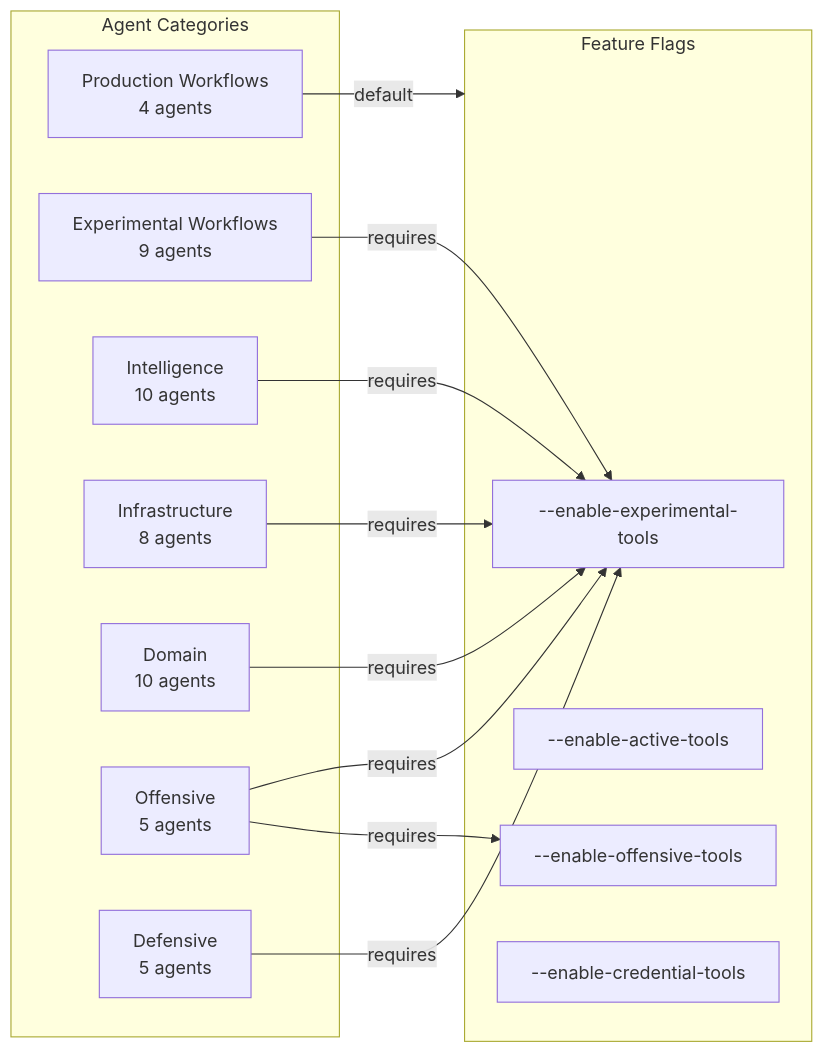
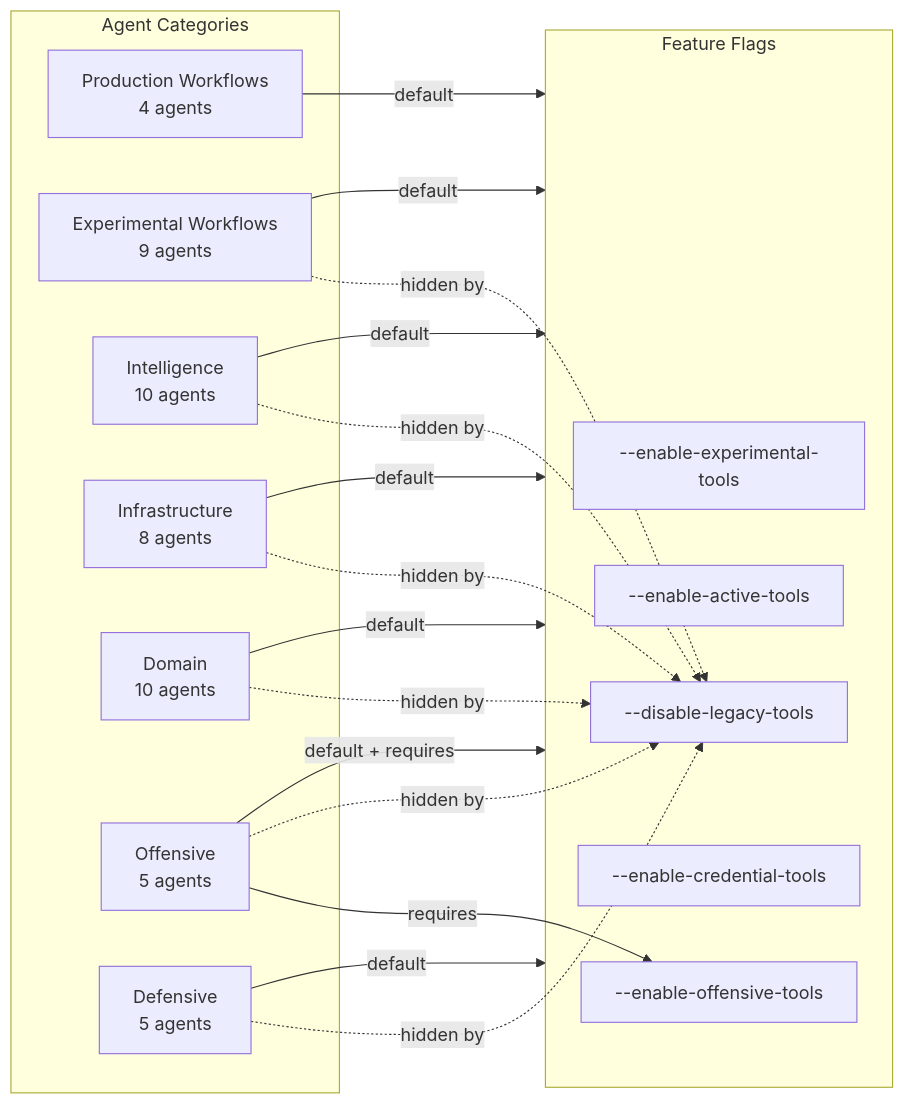
The second of 2 diagrams in docs/AGENTS.md (Zaeem20/ShikariMCP), drawn with Mermaid before and after one commit. The commit also changed other lines of this file and 5 other files, not shown here.

````diff
--- a/docs/AGENTS.md
+++ b/docs/AGENTS.md
@@ -60,28 +62,35 @@
 ```mermaid
 flowchart LR
     subgraph Flags["Feature Flags"]
         F1["--enable-experimental-tools"]
         F2["--enable-active-tools"]
         F3["--enable-offensive-tools"]
         F4["--enable-credential-tools"]
+        F5["--disable-legacy-tools"]
     end
 
     subgraph Agents["Agent Categories"]
         PROD["Production Workflows<br/>4 agents"]
         EXP["Experimental Workflows<br/>9 agents"]
         INT["Intelligence<br/>10 agents"]
         INF["Infrastructure<br/>8 agents"]
         DOM["Domain<br/>10 agents"]
         OFF["Offensive<br/>5 agents"]
         DEF["Defensive<br/>5 agents"]
     end
 
     PROD -->|default| Flags
-    EXP -->|requires| F1
-    INT -->|requires| F1
-    INF -->|requires| F1
-    DOM -->|requires| F1
-    OFF -->|requires| F1
+    EXP -->|default| Flags
+    INT -->|default| Flags
+    INF -->|default| Flags
+    DOM -->|default| Flags
+    OFF -->|default + requires| Flags
+    DEF -->|default| Flags
     OFF -->|requires| F3
-    DEF -->|requires| F1
+    EXP -.->|hidden by| F5
+    INT -.->|hidden by| F5
+    INF -.->|hidden by| F5
+    DOM -.->|hidden by| F5
+    OFF -.->|hidden by| F5
+    DEF -.->|hidden by| F5
 ```
````
